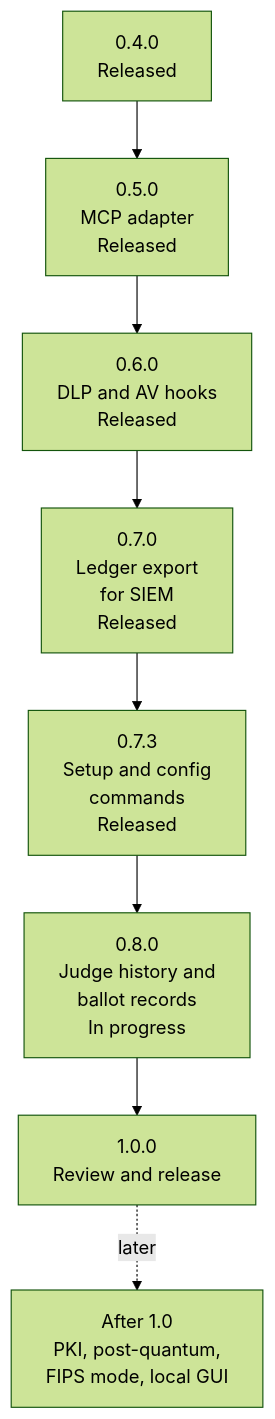
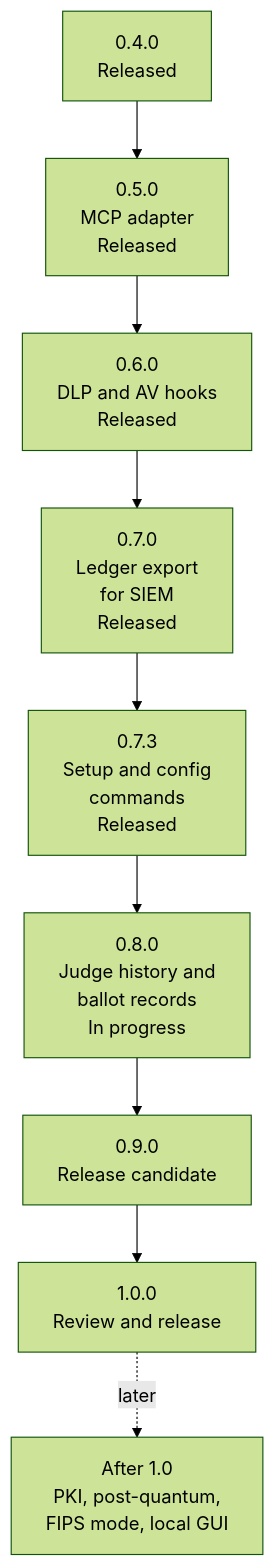
The diagram in ROADMAP.md (Insomniac-VibeLabs/two-key), drawn with Mermaid (forest theme) before and after one commit. The commit also changed other lines of this file and 2 other files, not shown here.

First line of the commit message:
Roadmap: 0.8.0 and 0.9.0 in the README and ROADMAP diagrams and tables

````diff
--- a/ROADMAP.md
+++ b/ROADMAP.md
@@ -41,10 +42,11 @@
 ```mermaid
 flowchart TD
   r04["0.4.0<br/>Released"] --> r05["0.5.0<br/>MCP adapter<br/>Released"]
   r05 --> r06["0.6.0<br/>DLP and AV hooks<br/>Released"]
   r06 --> r07["0.7.0<br/>Ledger export<br/>for SIEM<br/>Released"]
   r07 --> r073["0.7.3<br/>Setup and config<br/>commands<br/>Released"]
   r073 --> r08["0.8.0<br/>Judge history and<br/>ballot records<br/>In progress"]
-  r08 --> r10["1.0.0<br/>Review and release"]
+  r08 --> r09["0.9.0<br/>Release candidate"]
+  r09 --> r10["1.0.0<br/>Review and release"]
   r10 -. "later" .-> after["After 1.0<br/>PKI, post-quantum,<br/>FIPS mode, local GUI"]
 ```
````
